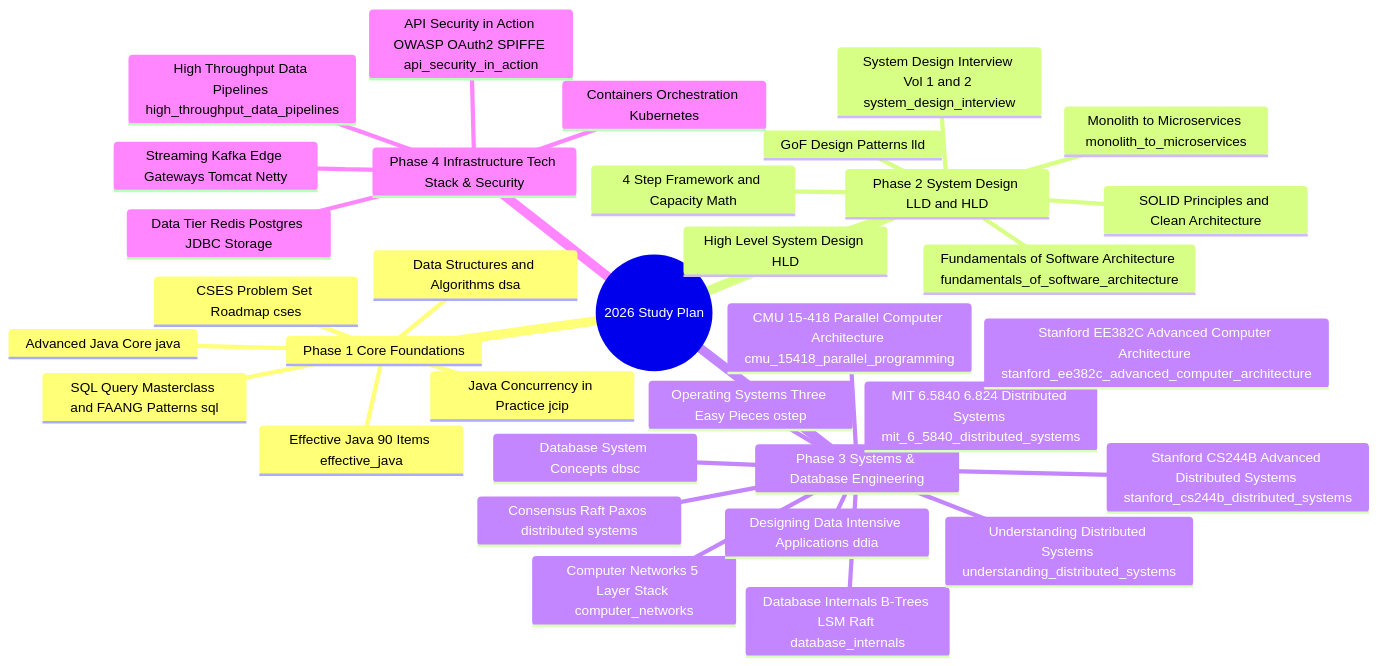
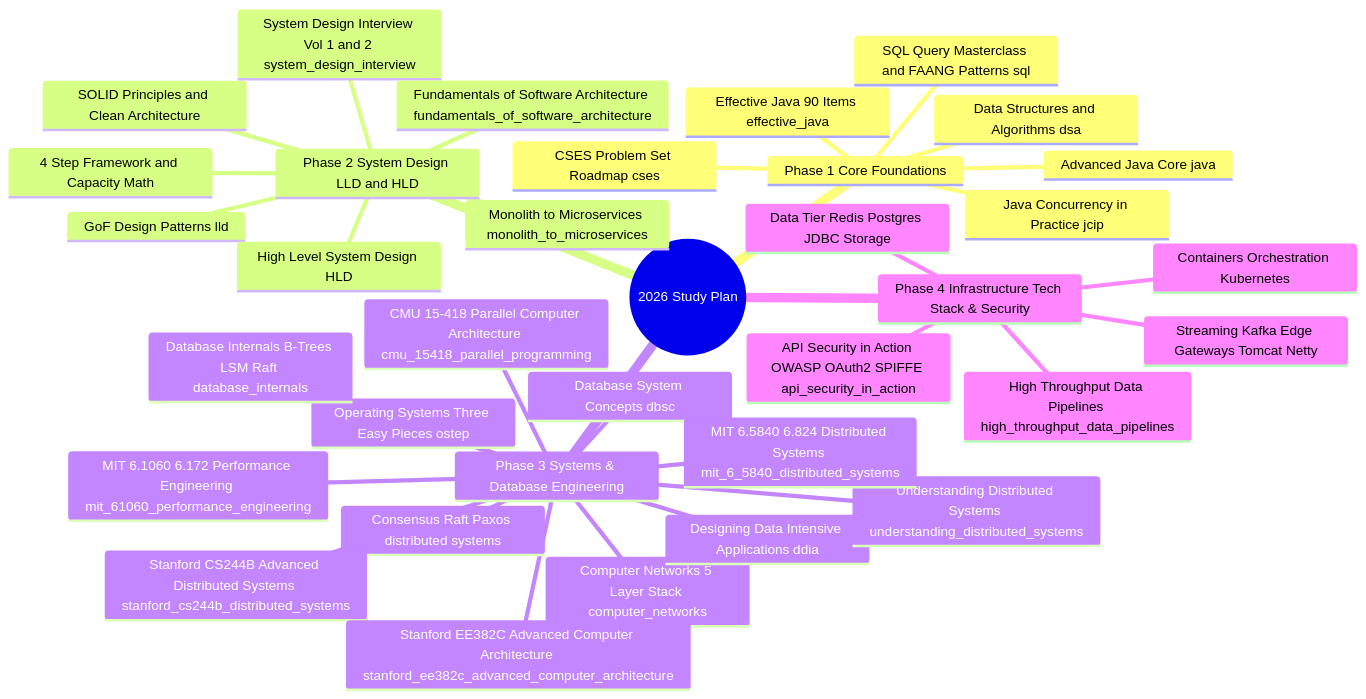
One commit to chauhankartik/private-2026 changed the diagram in STUDY_PLAN_2026.md. Above: the diagram before and after it, drawn with Mermaid. The commit also changed other lines of this file and 5 other files, not shown here.

Commit message:
feat(perf-eng): add MIT 6.1060 (6.172) Performance Engineering module with 5 detailed guides, C++ optimization engines, and in-depth Mermaid diagrams

````diff
--- a/STUDY_PLAN_2026.md
+++ b/STUDY_PLAN_2026.md
@@ -9,37 +9,38 @@
 ```mermaid
 mindmap
   root((2026 Study Plan))
     Phase 1 Core Foundations
       Data Structures and Algorithms dsa
       CSES Problem Set Roadmap cses
       Advanced Java Core java
       Effective Java 90 Items effective_java
       Java Concurrency in Practice jcip
       SQL Query Masterclass and FAANG Patterns sql
     Phase 2 System Design LLD and HLD
       SOLID Principles and Clean Architecture
       GoF Design Patterns lld
       High Level System Design HLD
       4 Step Framework and Capacity Math
       System Design Interview Vol 1 and 2 system_design_interview
       Fundamentals of Software Architecture fundamentals_of_software_architecture
       Monolith to Microservices monolith_to_microservices
     Phase 3 Systems & Database Engineering
       Operating Systems Three Easy Pieces ostep
       Computer Networks 5 Layer Stack computer_networks
       Database System Concepts dbsc
       Database Internals B-Trees LSM Raft database_internals
       Designing Data Intensive Applications ddia
       Consensus Raft Paxos distributed systems
       Understanding Distributed Systems understanding_distributed_systems
       MIT 6.5840 6.824 Distributed Systems mit_6_5840_distributed_systems
       Stanford CS244B Advanced Distributed Systems stanford_cs244b_distributed_systems
       CMU 15-418 Parallel Computer Architecture cmu_15418_parallel_programming
       Stanford EE382C Advanced Computer Architecture stanford_ee382c_advanced_computer_architecture
+      MIT 6.1060 6.172 Performance Engineering mit_61060_performance_engineering
     Phase 4 Infrastructure Tech Stack & Security
       Data Tier Redis Postgres JDBC Storage
       Streaming Kafka Edge Gateways Tomcat Netty
       High Throughput Data Pipelines high_throughput_data_pipelines
       Containers Orchestration Kubernetes
       API Security in Action OWASP OAuth2 SPIFFE api_security_in_action
 ```
````
